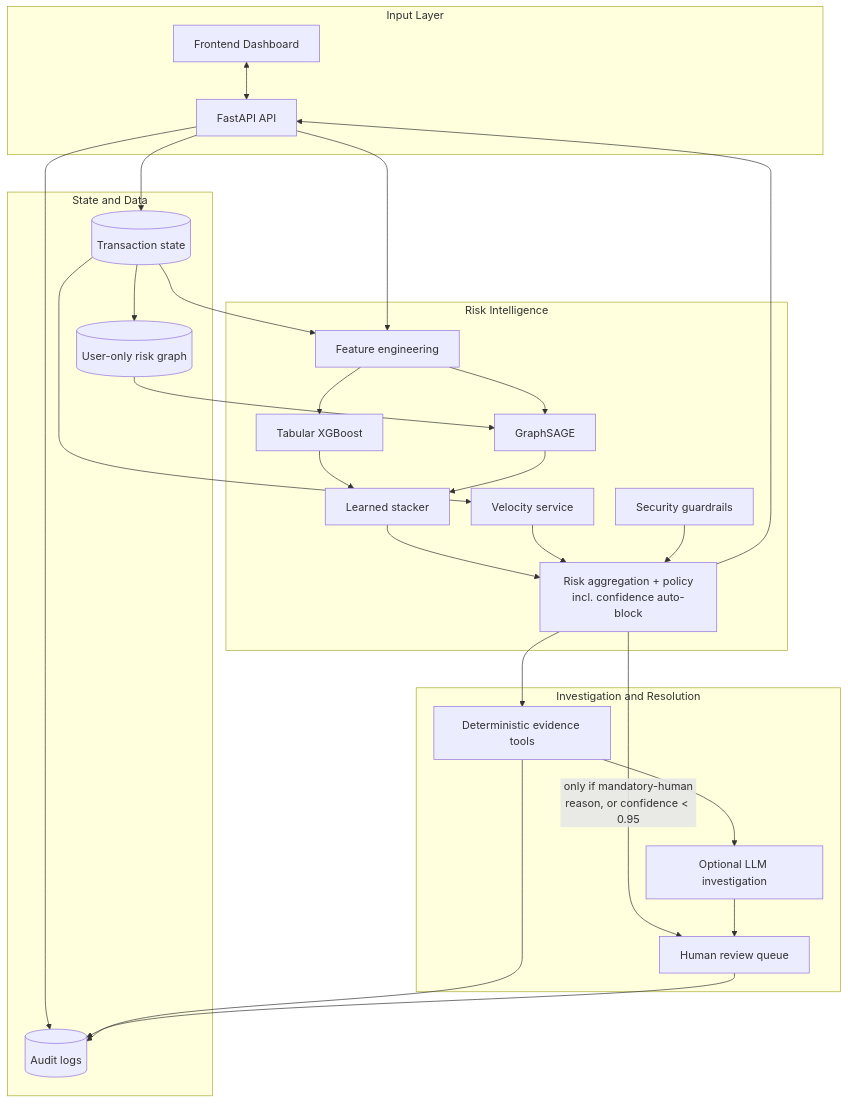
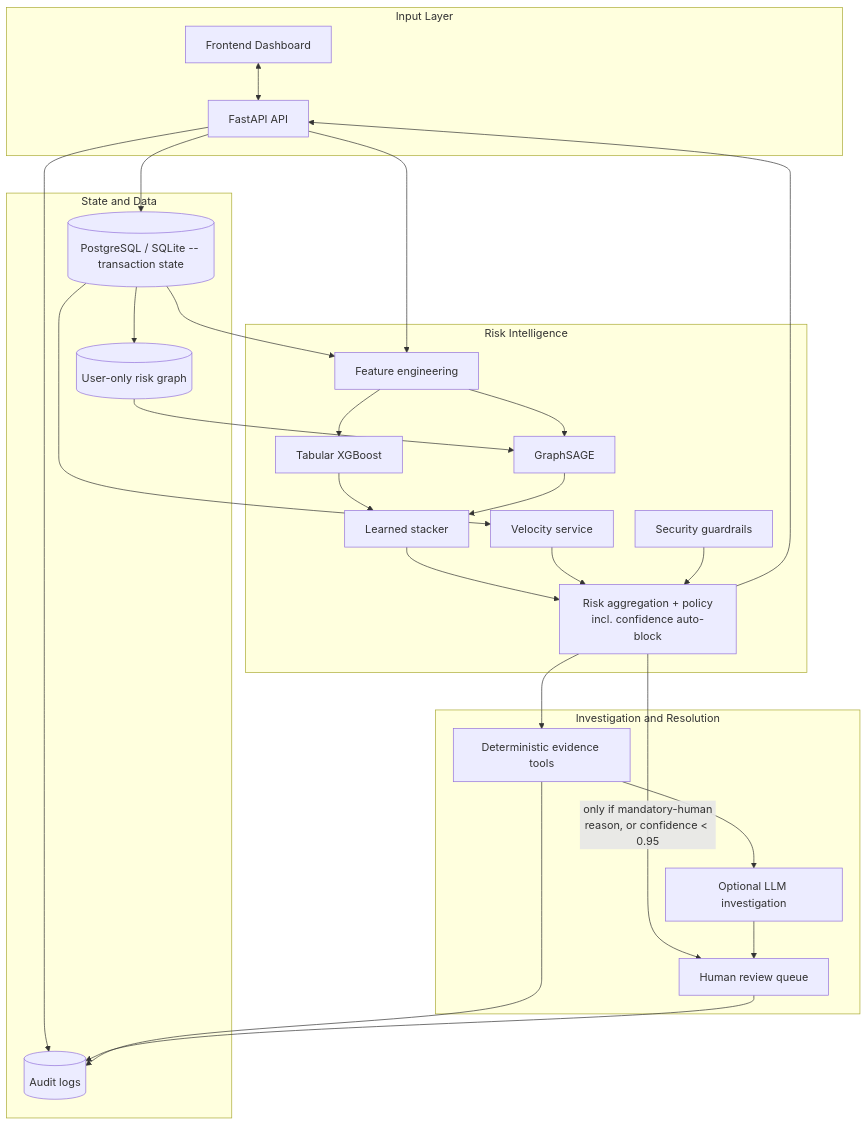
Diagram 11 of 21 in README.md (Dikshu015/RazorRisk-Agentic-AI-Payment-Fraud-Risk-Investigation-Platform), drawn with Mermaid before and after one commit. The commit also changed other lines of this file and 7 other files, not shown here.

````diff
--- a/README.md
+++ b/README.md
@@ -365,53 +369,53 @@
 ```mermaid
 %%{init: {'flowchart': {'nodeSpacing': 32, 'rankSpacing': 55}}}%%
 flowchart TB
     subgraph Input[Input Layer]
         UI[Frontend Dashboard]
         API[FastAPI API]
     end
 
     subgraph State[State and Data]
-        DB[(Transaction state)]
+        DB[(PostgreSQL / SQLite -- transaction state)]
         GRAPH[(User-only risk graph)]
         AUDIT[(Audit logs)]
     end
 
     subgraph Intelligence[Risk Intelligence]
         FE[Feature engineering]
         TAB[Tabular XGBoost]
         GNN[GraphSAGE]
         STACK[Learned stacker]
         VEL[Velocity service]
         GUARD[Security guardrails]
         POLICY[Risk aggregation + policy<br/>incl. confidence auto-block]
     end
 
     subgraph Investigation[Investigation and Resolution]
         EVID[Deterministic evidence tools]
         LLM[Optional LLM investigation]
         HITL[Human review queue]
     end
 
     UI <--> API
     API --> FE
     API --> DB
     DB --> FE
     DB --> VEL
     DB --> GRAPH
     FE --> TAB
     FE --> GNN
     GRAPH --> GNN
     TAB --> STACK
     GNN --> STACK
     STACK --> POLICY
     VEL --> POLICY
     GUARD --> POLICY
     POLICY --> API
     POLICY --> EVID
     POLICY -->|"only if mandatory-human<br/>reason, or confidence < 0.95"| HITL
     EVID --> LLM
     LLM --> HITL
     API --> AUDIT
     EVID --> AUDIT
     HITL --> AUDIT
 ```
````
